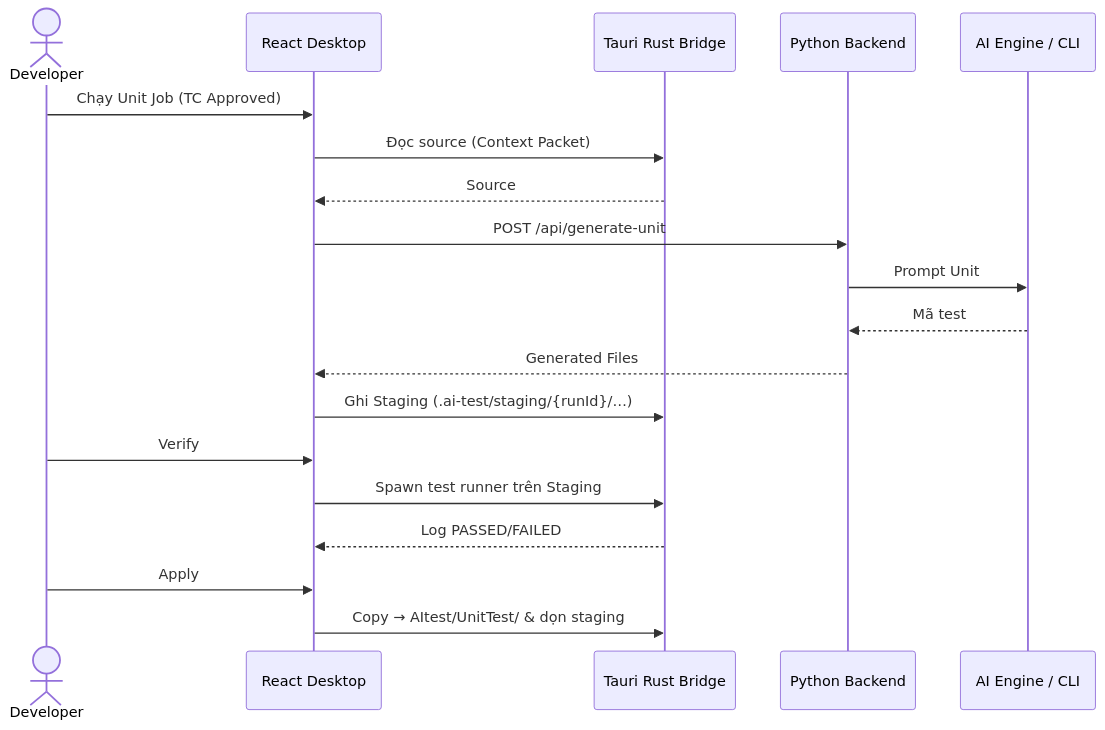
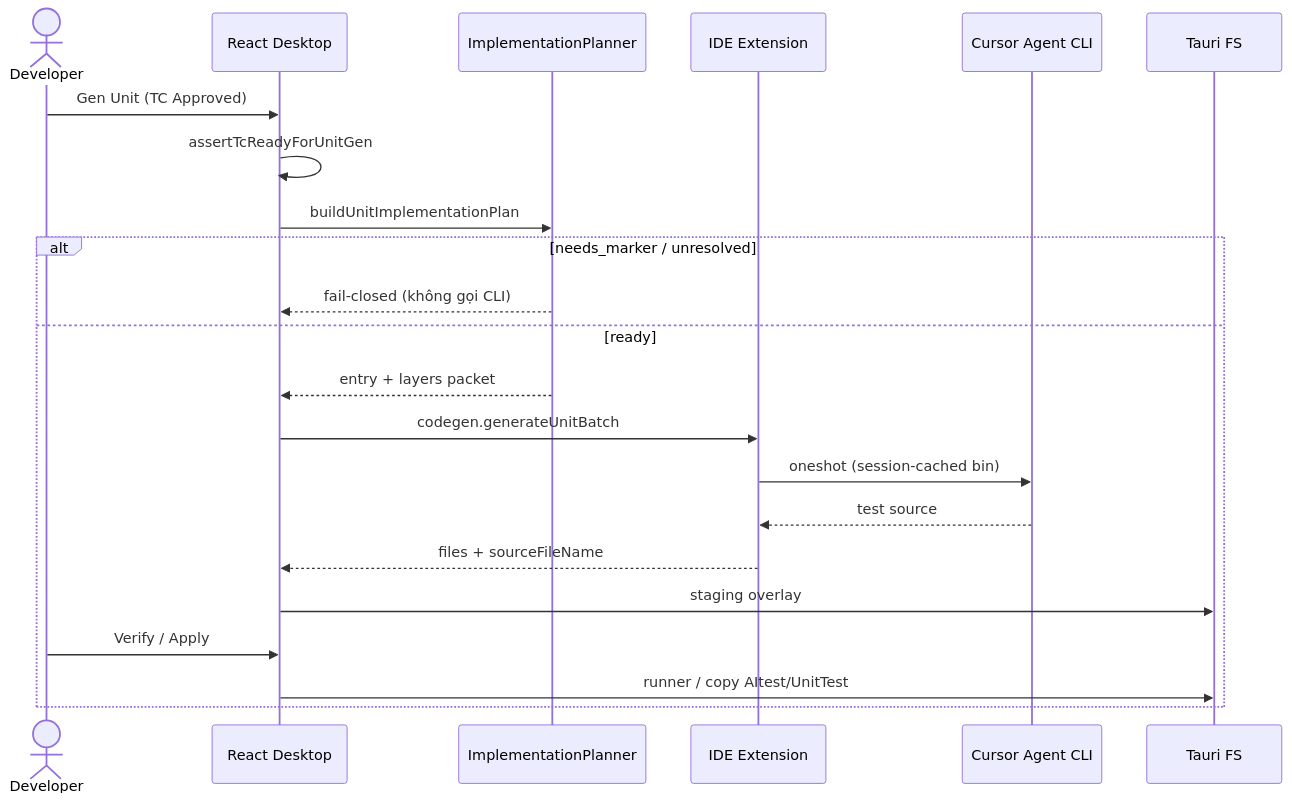
One commit to lehoailam1999/AiTest changed the diagram in docs/SYSTEM_MASTER_DOCUMENTATION.md. Above: the diagram before and after it, drawn with Mermaid. The commit also changed other lines of this file and 151 other files, not shown here.

````diff
--- a/docs/SYSTEM_MASTER_DOCUMENTATION.md
+++ b/docs/SYSTEM_MASTER_DOCUMENTATION.md
@@ -159,22 +208,25 @@
 ```mermaid
 sequenceDiagram
   actor Dev as Developer
   participant UI as React Desktop
-  participant Tauri as Tauri Rust Bridge
-  participant BE as Python Backend
-  participant LLM as AI Engine / CLI
+  participant Plan as ImplementationPlanner
+  participant Ext as IDE Extension
+  participant CLI as Cursor Agent CLI
+  participant Tauri as Tauri FS
 
-  Dev->>UI: Chạy Unit Job (TC Approved)
-  UI->>Tauri: Đọc source (Context Packet)
-  Tauri-->>UI: Source
-  UI->>BE: POST /api/generate-unit
-  BE->>LLM: Prompt Unit
-  LLM-->>BE: Mã test
-  BE-->>UI: Generated Files
-  UI->>Tauri: Ghi Staging (.ai-test/staging/{runId}/…)
-  Dev->>UI: Verify
-  UI->>Tauri: Spawn test runner trên Staging
-  Tauri-->>UI: Log PASSED/FAILED
-  Dev->>UI: Apply
-  UI->>Tauri: Copy → AItest/UnitTest/ & dọn staging
+  Dev->>UI: Gen Unit (TC Approved)
+  UI->>UI: assertTcReadyForUnitGen
+  UI->>Plan: buildUnitImplementationPlan
+  alt needs_marker / unresolved
+    Plan-->>UI: fail-closed (không gọi CLI)
+  else ready
+    Plan-->>UI: entry + layers packet
+    UI->>Ext: codegen.generateUnitBatch
+    Ext->>CLI: oneshot (session-cached bin)
+    CLI-->>Ext: test source
+    Ext-->>UI: files + sourceFileName
+    UI->>Tauri: staging overlay
+    Dev->>UI: Verify / Apply
+    UI->>Tauri: runner / copy AItest/UnitTest
+  end
 ```
````
